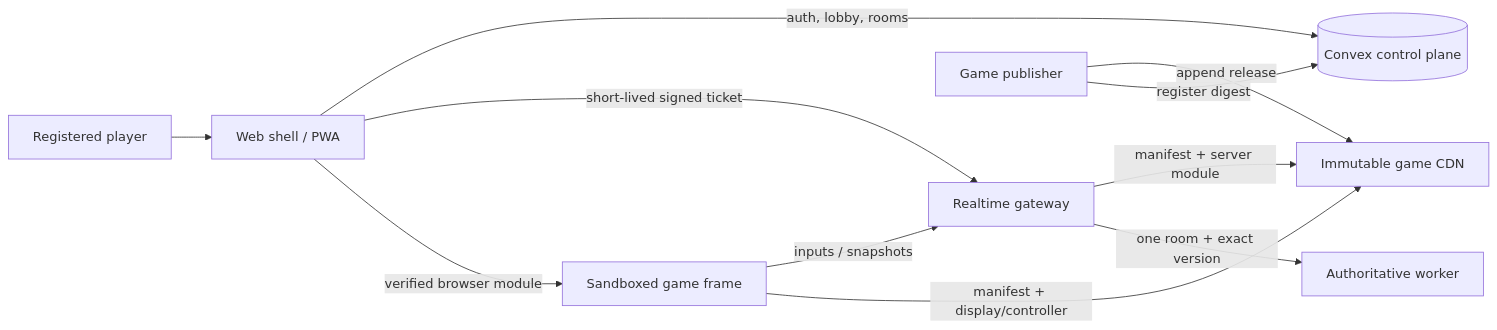
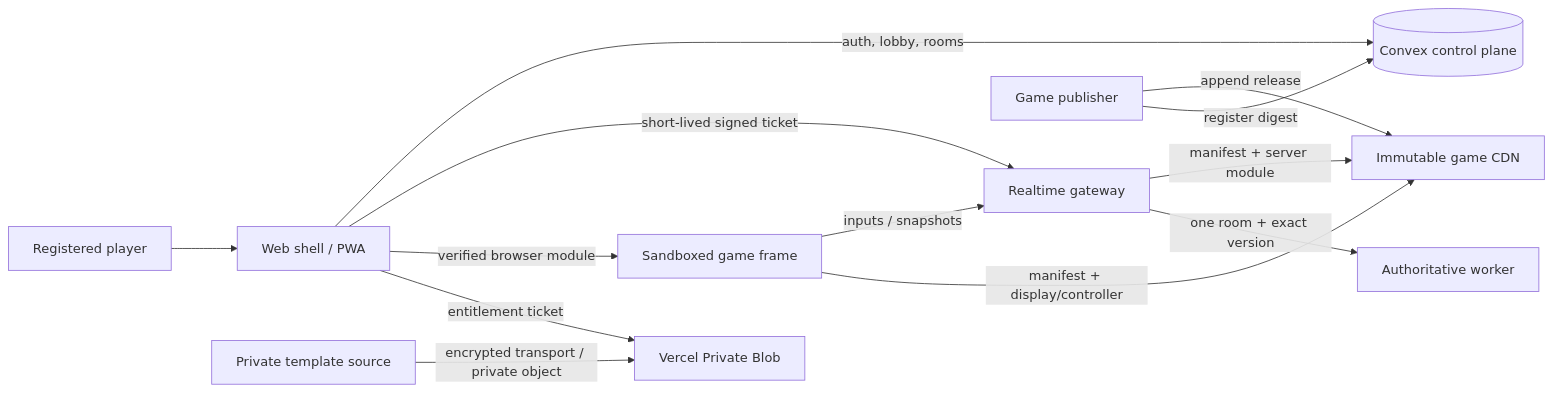
One commit to rahmanef63/play-together changed the diagram in README.md. Above: the diagram before and after it, drawn with Mermaid. The commit also changed other lines of this file and 63 other files, not shown here.

````diff
--- a/README.md
+++ b/README.md
@@ -81,13 +81,15 @@
 ```mermaid
 flowchart LR
   U[Registered player] --> W[Web shell / PWA]
   W -->|auth, lobby, rooms| C[(Convex control plane)]
   W -->|short-lived signed ticket| R[Realtime gateway]
   W -->|verified browser module| F[Sandboxed game frame]
   F -->|inputs / snapshots| R
   F -->|manifest + display/controller| G[Immutable game CDN]
   R -->|manifest + server module| G
   R -->|one room + exact version| X[Authoritative worker]
   P[Game publisher] -->|append release| G
   P -->|register digest| C
+  T[Private template source] -->|encrypted transport / private object| B[Vercel Private Blob]
+  W -->|entitlement ticket| B
 ```
````
